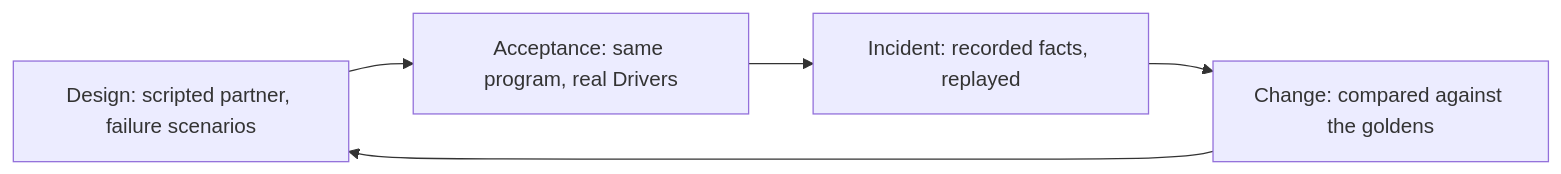
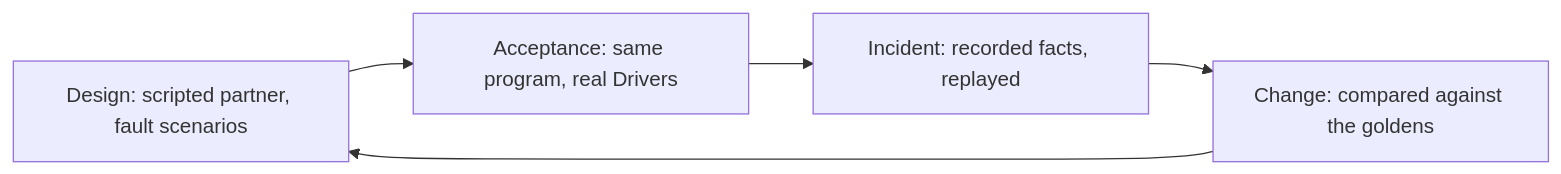
One commit to rastok-io/rastok changed the first of 3 diagrams in docs/site/index.md. Above: the diagram before and after it, drawn with Mermaid. The commit also changed other lines of this file and 9 other files, not shown here.

````diff
--- a/docs/site/index.md
+++ b/docs/site/index.md
@@ -30,7 +30,7 @@
 ```mermaid
 flowchart LR
-    design["Design: scripted partner, failure scenarios"] --> acceptance["Acceptance: same program, real Drivers"]
+    design["Design: scripted partner, fault scenarios"] --> acceptance["Acceptance: same program, real Drivers"]
     acceptance --> incident["Incident: recorded facts, replayed"]
     incident --> change["Change: compared against the goldens"]
     change --> design
 ```
````
